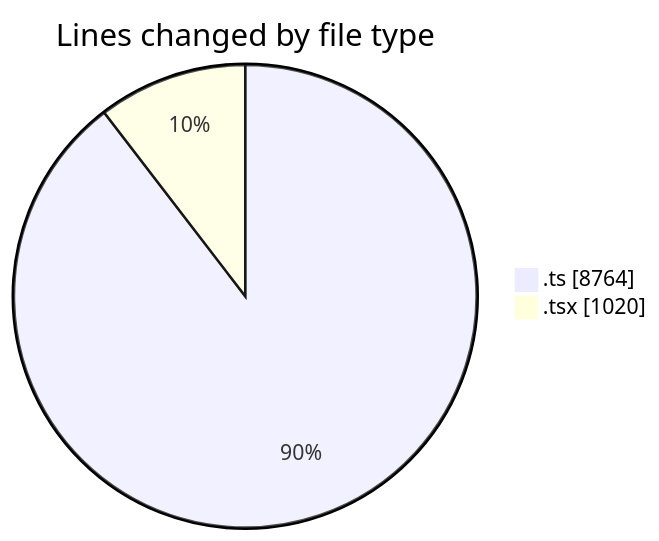
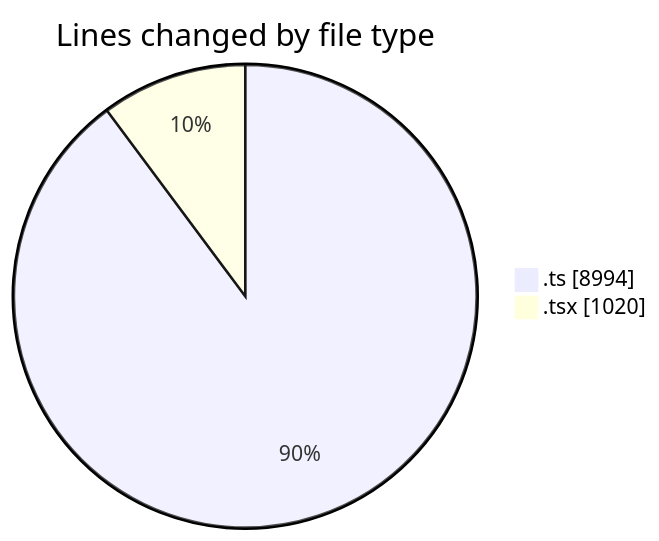
One commit to momahboobian/code-tracking changed the first of 2 diagrams in 2025-07-14/cda/README.md. Above: the diagram before and after it, drawn with Mermaid. The commit also changed other lines of this file and 1 other file, not shown here.

````diff
--- a/2025-07-14/cda/README.md
+++ b/2025-07-14/cda/README.md
@@ -27,6 +27,6 @@
 ```mermaid
 pie showData
 title Lines changed by file type
-".ts" : 8764
+".ts" : 8994
 ".tsx" : 1020
 ```
````
